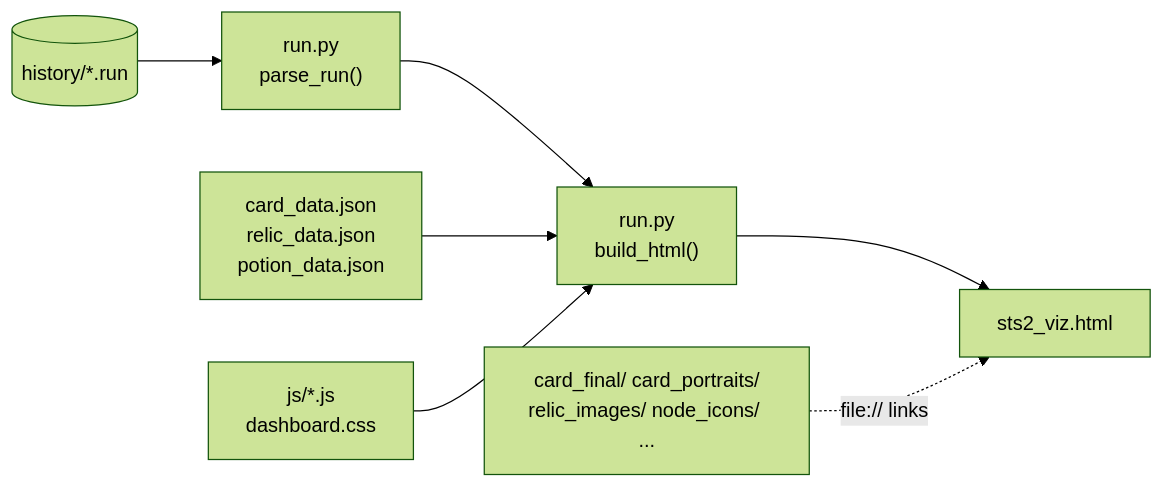
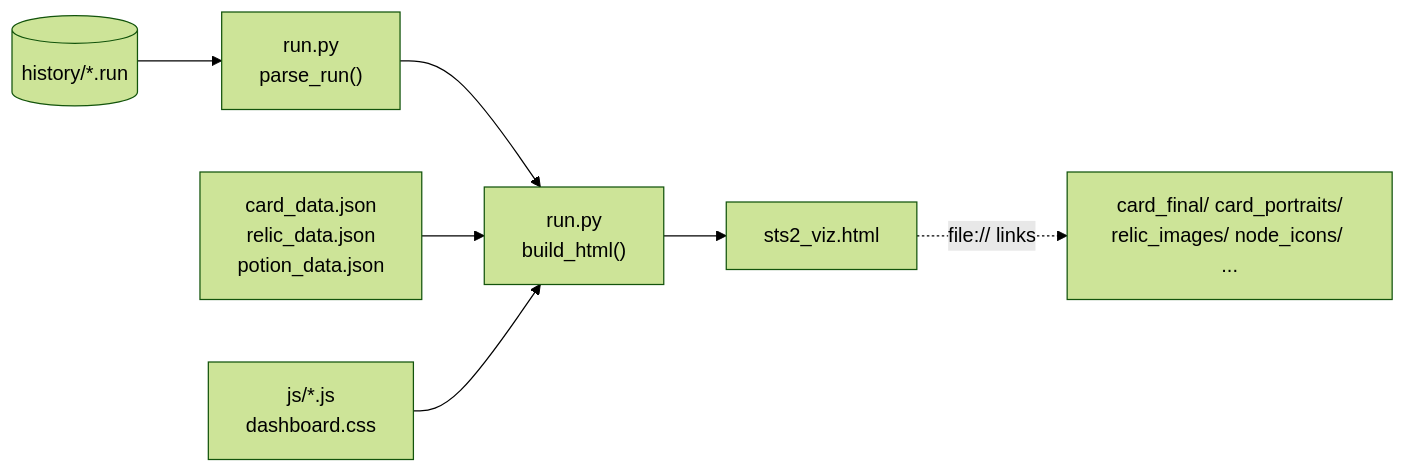
The second of 6 diagrams in README.md (johnstonjesse329/slay-my-stats), drawn with Mermaid (forest theme) before and after one commit.

Commit message:
README: local diagram's art box no longer sits in the js/*.js arrow's path
Draw the file:// edge from the HTML to the art, which is also the
direction the link goes, so the art box moves right of sts2_viz.html.

````diff
--- a/README.md
+++ b/README.md
@@ -143,9 +143,9 @@
 ```mermaid
 flowchart LR
     runs[("history/*.run")] --> parse["run.py<br/>parse_run()"]
     parse --> build["run.py<br/>build_html()"]
     data["card_data.json<br/>relic_data.json<br/>potion_data.json"] --> build
     js["js/*.js<br/>dashboard.css"] --> build
     build --> html["sts2_viz.html"]
-    art["card_final/ card_portraits/<br/>relic_images/ node_icons/ ..."] -. "file:// links" .-> html
+    html -. "file:// links" .-> art["card_final/ card_portraits/<br/>relic_images/ node_icons/ ..."]
 ```
````
